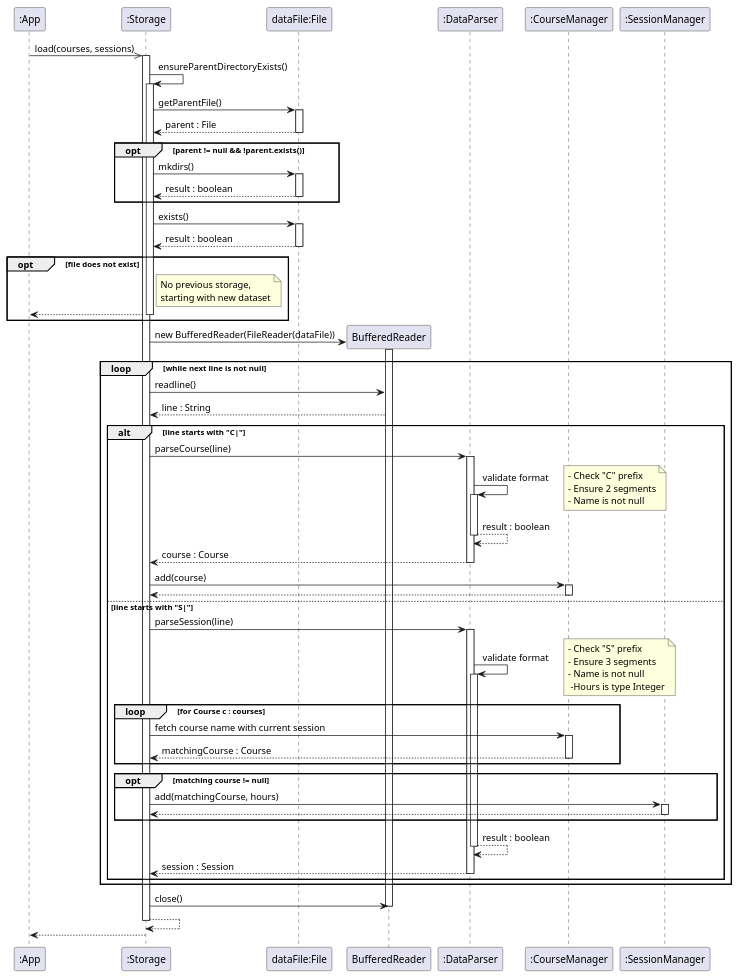
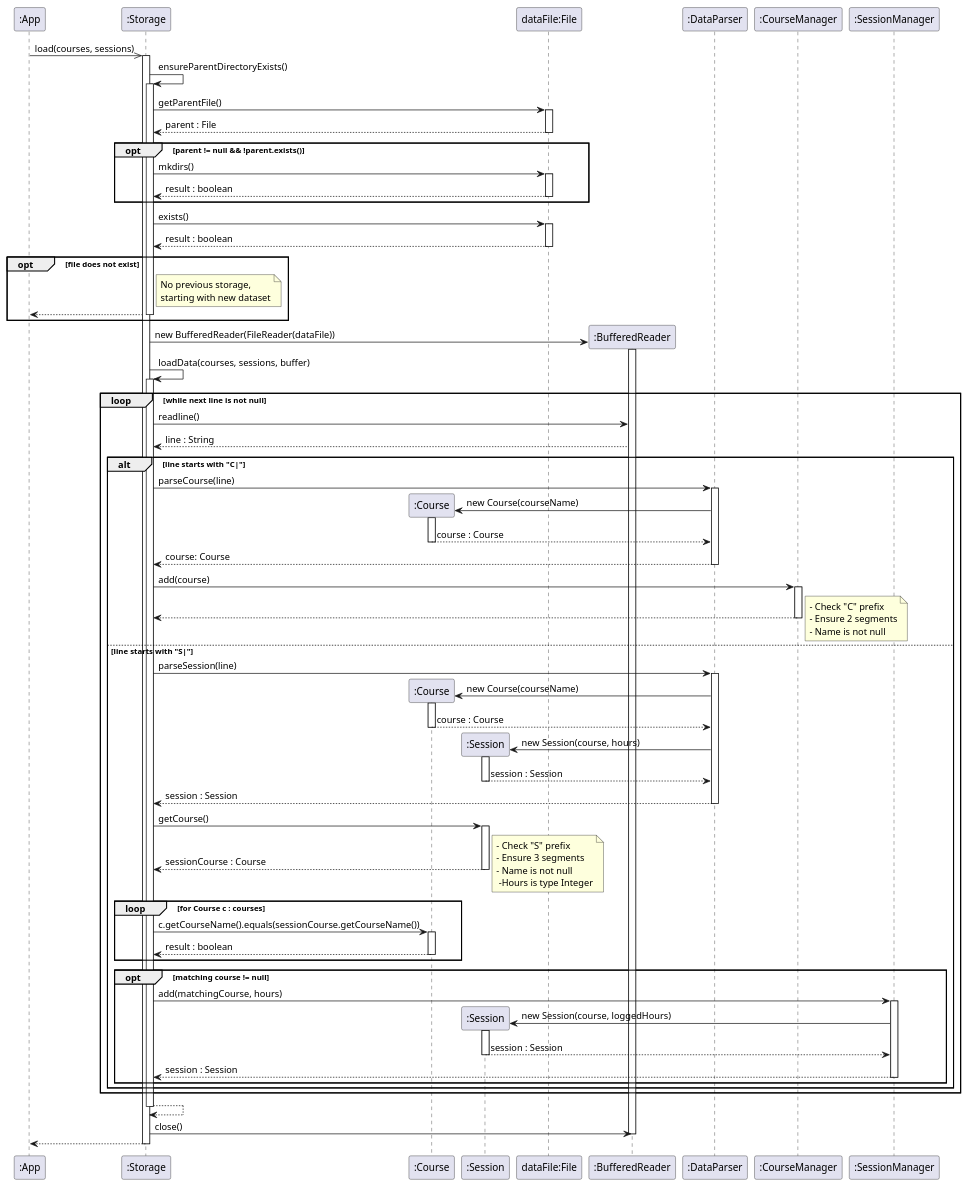
Before and after one commit to t-kandasami/tp: the diagram in docs/diagrams/StorageLoadSequenceDiagram.puml, drawn with PlantUML. The commit also changed 1 other file, not shown here.

Commit message:
fix: add missing details to Storage Component load sequence diagram

```diff
--- a/docs/diagrams/StorageLoadSequenceDiagram.puml
+++ b/docs/diagrams/StorageLoadSequenceDiagram.puml
@@ -1,103 +1,132 @@
 @startuml
 'https://plantuml.com/sequence-diagram
 
 participant ":App" as App
 participant ":Storage" as Storage
+participant ":Course" as Course
+participant ":Session" as Session
 participant "dataFile:File" as File
-participant "BufferedReader" as BR
+participant ":BufferedReader" as BR
 participant ":DataParser" as Parser
 participant ":CourseManager" as CM
 participant ":SessionManager" as SM
 
 App ->> Storage: load(courses, sessions)
 activate Storage
 
 Storage -> Storage: ensureParentDirectoryExists()
 activate Storage
 
 Storage -> File: getParentFile()
 activate File
 
 File --> Storage: parent : File
 deactivate File
 
 opt parent != null && !parent.exists()
     Storage -> File: mkdirs()
     activate File
 
     File --> Storage: result : boolean
     deactivate File
 end
 
 Storage -> File: exists()
 activate File
 File --> Storage: result : boolean
 deactivate File
 
 opt file does not exist
     note right of Storage: No previous storage,\nstarting with new dataset
     Storage --> App
     deactivate Storage
 end
 
 Storage -> BR**: new BufferedReader(FileReader(dataFile))
 activate BR
 
+Storage -> Storage: loadData(courses, sessions, buffer)
+activate Storage
+
+
 loop while next line is not null
 Storage -> BR: readline()
     BR --> Storage: line : String
+
     alt line starts with "C|"
         Storage -> Parser: parseCourse(line)
         activate Parser
-        Parser -> Parser: validate format
-        activate Parser
 
-        note right: - Check "C" prefix\n- Ensure 2 segments\n- Name is not null
-        Parser --> Parser: result : boolean
-        deactivate Parser
-        Parser --> Storage: course : Course
+        Parser -> Course**: new Course(courseName)
+        activate Course
+        Course --> Parser: course : Course
+        deactivate Course
+
+        Parser --> Storage: course: Course
         deactivate Parser
 
         Storage -> CM: add(course)
         activate CM
         CM --> Storage
         deactivate CM
 
+        note right: - Check "C" prefix\n- Ensure 2 segments\n- Name is not null
+
     else line starts with "S|"
+
         Storage -> Parser: parseSession(line)
         activate Parser
-        Parser -> Parser: validate format
-        activate Parser
+
+        Parser -> Course**: new Course(courseName)
+        activate Course
+        Course --> Parser: course : Course
+        deactivate Course
+
+        Parser -> Session**: new Session(course, hours)
+        activate Session
+        Session --> Parser: session : Session
+        deactivate Session
+
+        Parser --> Storage: session : Session
+        deactivate Parser
+
+        Storage -> Session: getCourse()
+        activate Session
+        Session --> Storage: sessionCourse : Course
+        deactivate Session
+
         note right: - Check "S" prefix\n- Ensure 3 segments\n- Name is not null\n -Hours is type Integer
 
         loop for Course c : courses
-        Storage -> CM: fetch course name with current session
-        activate CM
-        CM --> Storage: matchingCourse : Course
-        deactivate CM
+
+        Storage -> Course: c.getCourseName().equals(sessionCourse.getCourseName())
+        activate Course
+        Course --> Storage: result : boolean
+        deactivate Course
+
         end
-
 
         opt matching course != null
             Storage -> SM: add(matchingCourse, hours)
             activate SM
-            SM --> Storage
+            SM -> Session**: new Session(course, loggedHours)
+            activate Session
+            Session --> SM: session : Session
+            deactivate Session
+            SM --> Storage: session : Session
             deactivate SM
         end
 
-        Parser --> Parser: result : boolean
-        deactivate Parser
-        Parser --> Storage: session : Session
-        deactivate Parser
     end
 end
 
+Storage --> Storage:
+deactivate Storage
+
 Storage -> BR: close()
 deactivate BR
-Storage --> Storage
-deactivate Storage
 Storage --> App
 deactivate Storage
 
 
 @enduml
```
